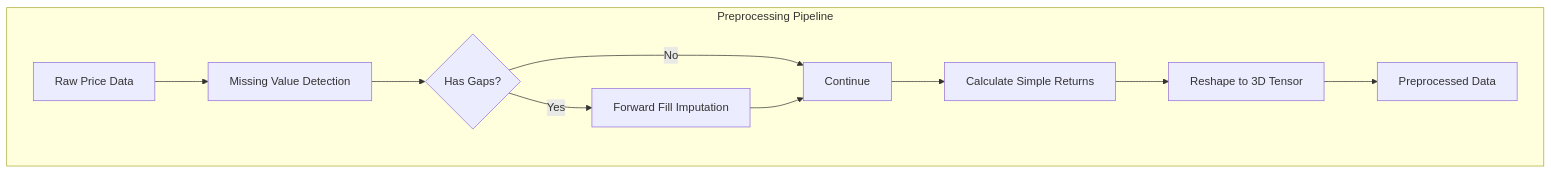
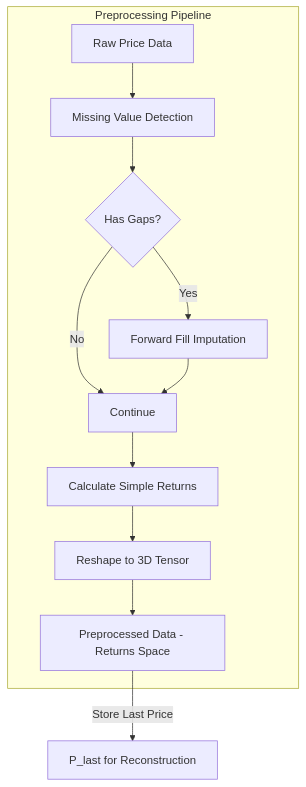
The fourth of 12 diagrams in plans/architecture.md (konstantin-vantukh/lstm_arima), drawn with Mermaid before and after one commit. The commit also changed other lines of this file and 28 other files, not shown here.

Commit message:
Adds forecasts in pricing space to the ones in returns space.

````diff
--- a/plans/architecture.md
+++ b/plans/architecture.md
@@ -119,13 +145,15 @@
 ```mermaid
 flowchart TD
     subgraph Preprocessing Pipeline
         A[Raw Price Data] --> B[Missing Value Detection]
         B --> C{Has Gaps?}
         C -->|Yes| D[Forward Fill Imputation]
         C -->|No| E[Continue]
         D --> E
         E --> F[Calculate Simple Returns]
         F --> G[Reshape to 3D Tensor]
-        G --> H[Preprocessed Data]
+        G --> H[Preprocessed Data - Returns Space]
     end
+
+    H -->|Store Last Price| I[P_last for Reconstruction]
 ```
````
